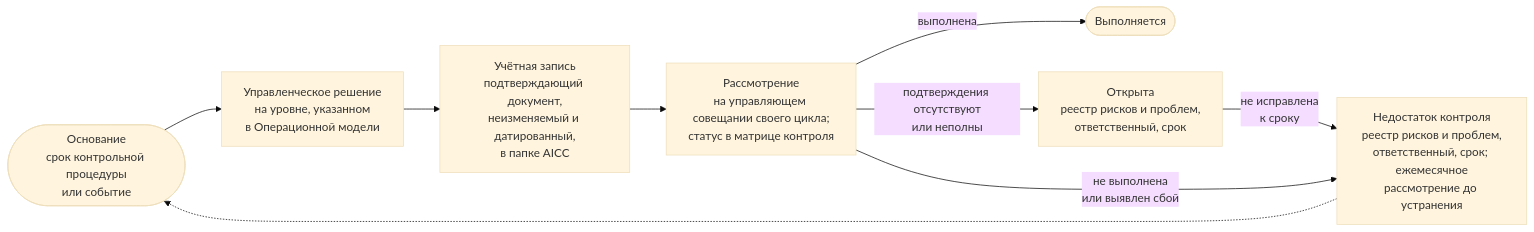
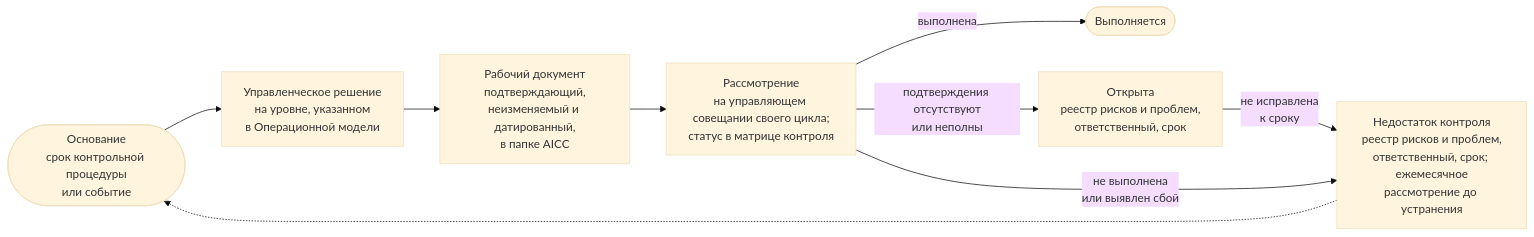
One commit to devhogu/ob-aicc changed the diagram in portal/content/ru/governance/controls-and-the-catalogue.md. Above: the diagram before and after it, drawn with Mermaid (base theme). The commit also changed other lines of this file and 300 other files, not shown here.

First line of the commit message:
Russian edition: a Record is «рабочий документ»; the charter's documents are «нормативные документы»

````diff
--- a/portal/content/ru/governance/controls-and-the-catalogue.md
+++ b/portal/content/ru/governance/controls-and-the-catalogue.md
@@ -31,11 +31,11 @@
 ```mermaid
 flowchart LR
   T(["Основание<br/>срок контрольной процедуры<br/>или событие"]) --> D["Управленческое решение<br/>на уровне, указанном<br/>в Операционной модели"]
-  D --> R["Учётная запись<br/>подтверждающий документ,<br/>неизменяемый и датированный,<br/>в папке AICC"]
+  D --> R["Рабочий документ<br/>подтверждающий,<br/>неизменяемый и датированный,<br/>в папке AICC"]
   R --> V["Рассмотрение<br/>на управляющем совещании своего цикла;<br/>статус в матрице контроля"]
   V -->|"выполнена"| OK(["Выполняется"])
   V -->|"подтверждения отсутствуют<br/>или неполны"| OP["Открыта<br/>реестр рисков и проблем,<br/>ответственный, срок"]
   OP -->|"не исправлена<br/>к сроку"| DF
   V -->|"не выполнена<br/>или выявлен сбой"| DF["Недостаток контроля<br/>реестр рисков и проблем,<br/>ответственный, срок; ежемесячное<br/>рассмотрение до устранения"]
   DF -.-> T
 ```
````
